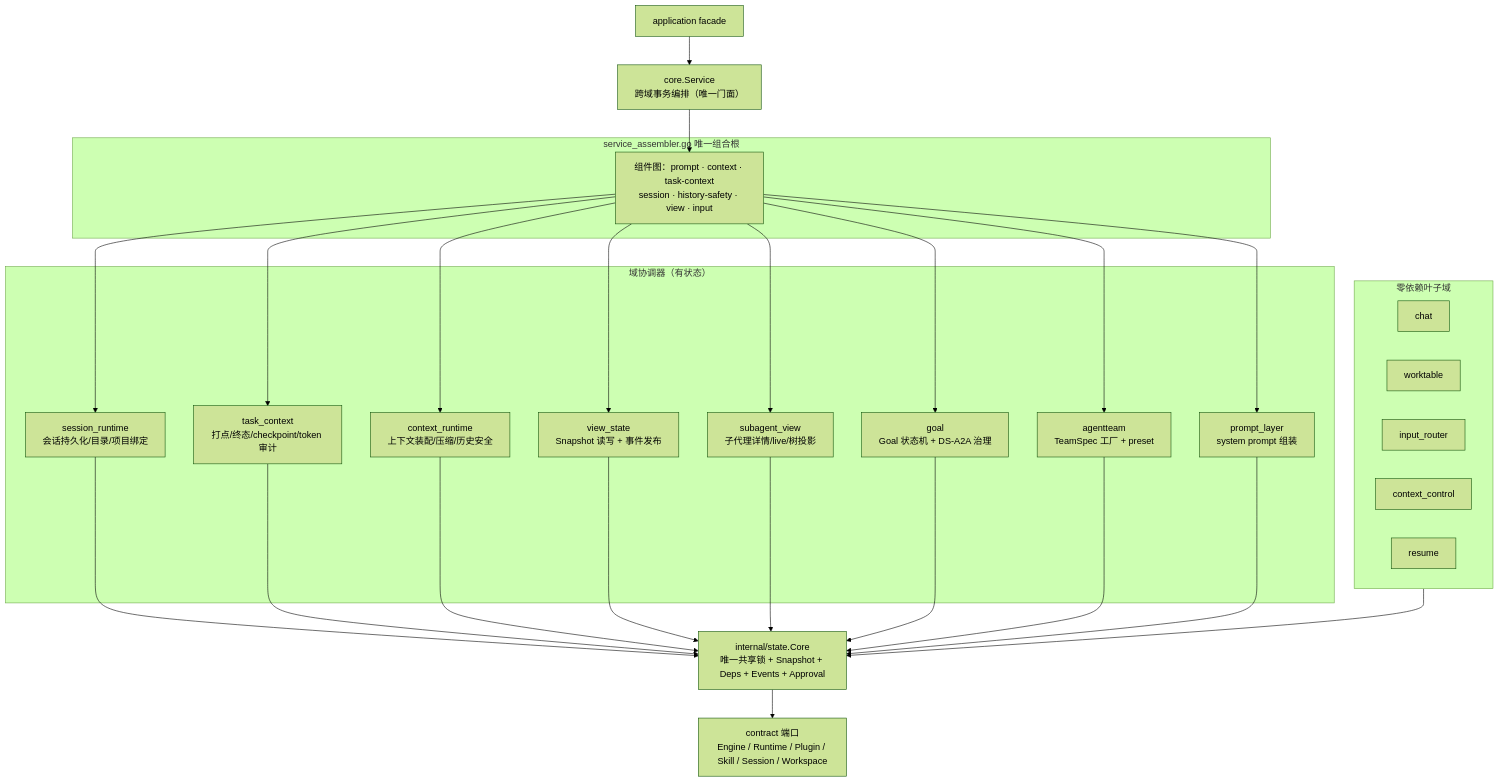
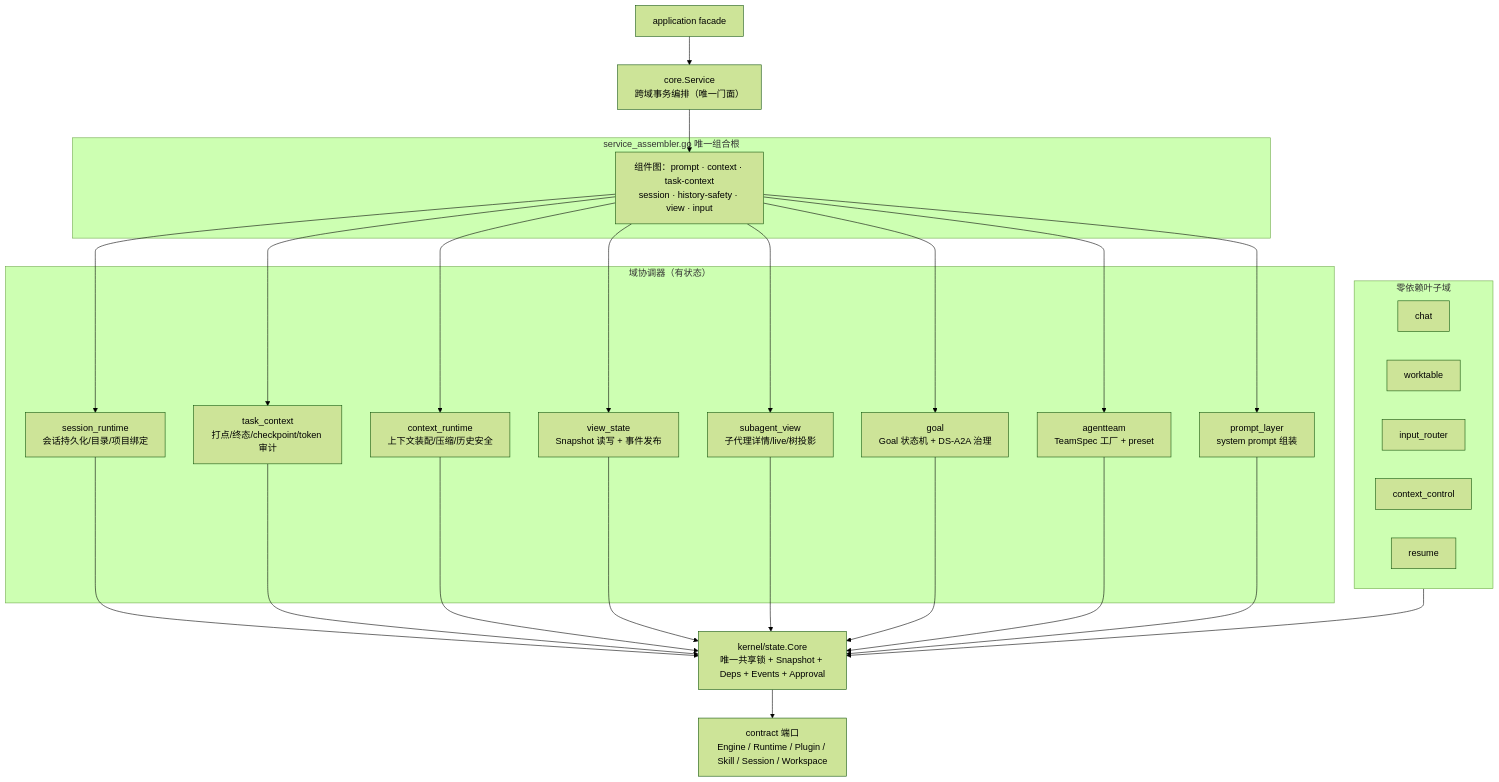
One commit to RedHuang-0622/seelex changed the first of 4 diagrams in application/core/README.md. Above: the diagram before and after it, drawn with Mermaid (forest theme). The commit also changed other lines of this file and 160 other files, not shown here.

````diff
--- a/application/core/README.md
+++ b/application/core/README.md
@@ -39,51 +39,51 @@
 ```mermaid
 flowchart TB
     FACADE["application facade"] --> SVC["core.Service<br/>跨域事务编排（唯一门面）"]
 
     subgraph ASSEMBLER["service_assembler.go 唯一组合根"]
         COMP["组件图：prompt · context · task-context<br/>session · history-safety · view · input"]
     end
 
     SVC --> COMP
 
     subgraph DOMAIN["域协调器（有状态）"]
         SR["session_runtime<br/>会话持久化/目录/项目绑定"]
         TC["task_context<br/>打点/终态/checkpoint/token 审计"]
         CR["context_runtime<br/>上下文装配/压缩/历史安全"]
         VS["view_state<br/>Snapshot 读写 + 事件发布"]
         SV["subagent_view<br/>子代理详情/live/树投影"]
         GOAL["goal<br/>Goal 状态机 + DS-A2A 治理"]
         TEAM["agentteam<br/>TeamSpec 工厂 + preset"]
         PL["prompt_layer<br/>system prompt 组装"]
     end
 
     subgraph LEAF["零依赖叶子域"]
         CHAT["chat"]
         WT["worktable"]
         IR["input_router"]
         CC["context_control"]
         RES["resume"]
     end
 
-    ST["internal/state.Core<br/>唯一共享锁 + Snapshot + Deps + Events + Approval"]
+    ST["kernel/state.Core<br/>唯一共享锁 + Snapshot + Deps + Events + Approval"]
     PORTS["contract 端口<br/>Engine / Runtime / Plugin / Skill / Session / Workspace"]
 
     COMP --> SR
     COMP --> TC
     COMP --> CR
     COMP --> VS
     COMP --> SV
     COMP --> GOAL
     COMP --> TEAM
     COMP --> PL
     SR --> ST
     TC --> ST
     CR --> ST
     VS --> ST
     SV --> ST
     GOAL --> ST
     TEAM --> ST
     PL --> ST
     LEAF --> ST
     ST --> PORTS
 ```
````
